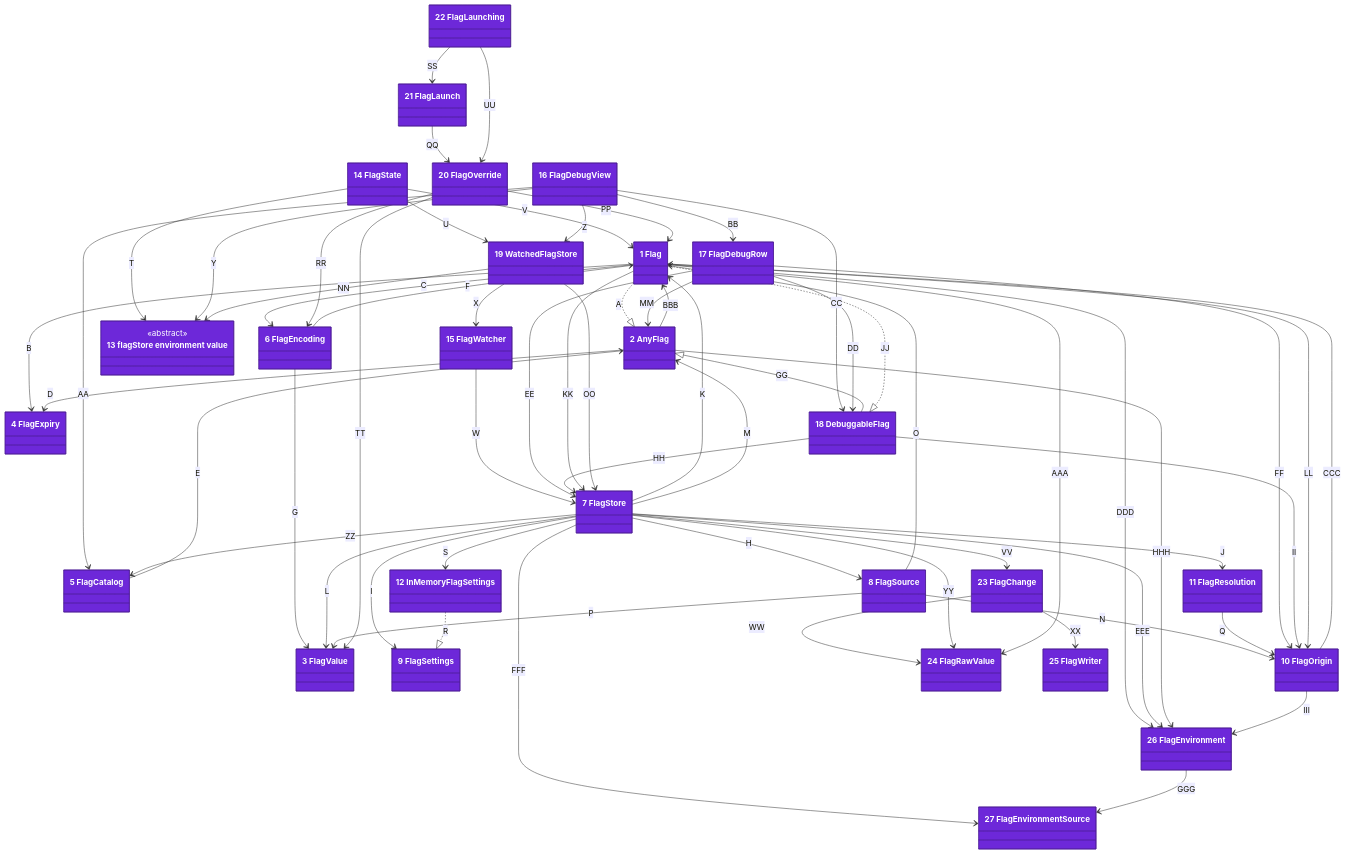
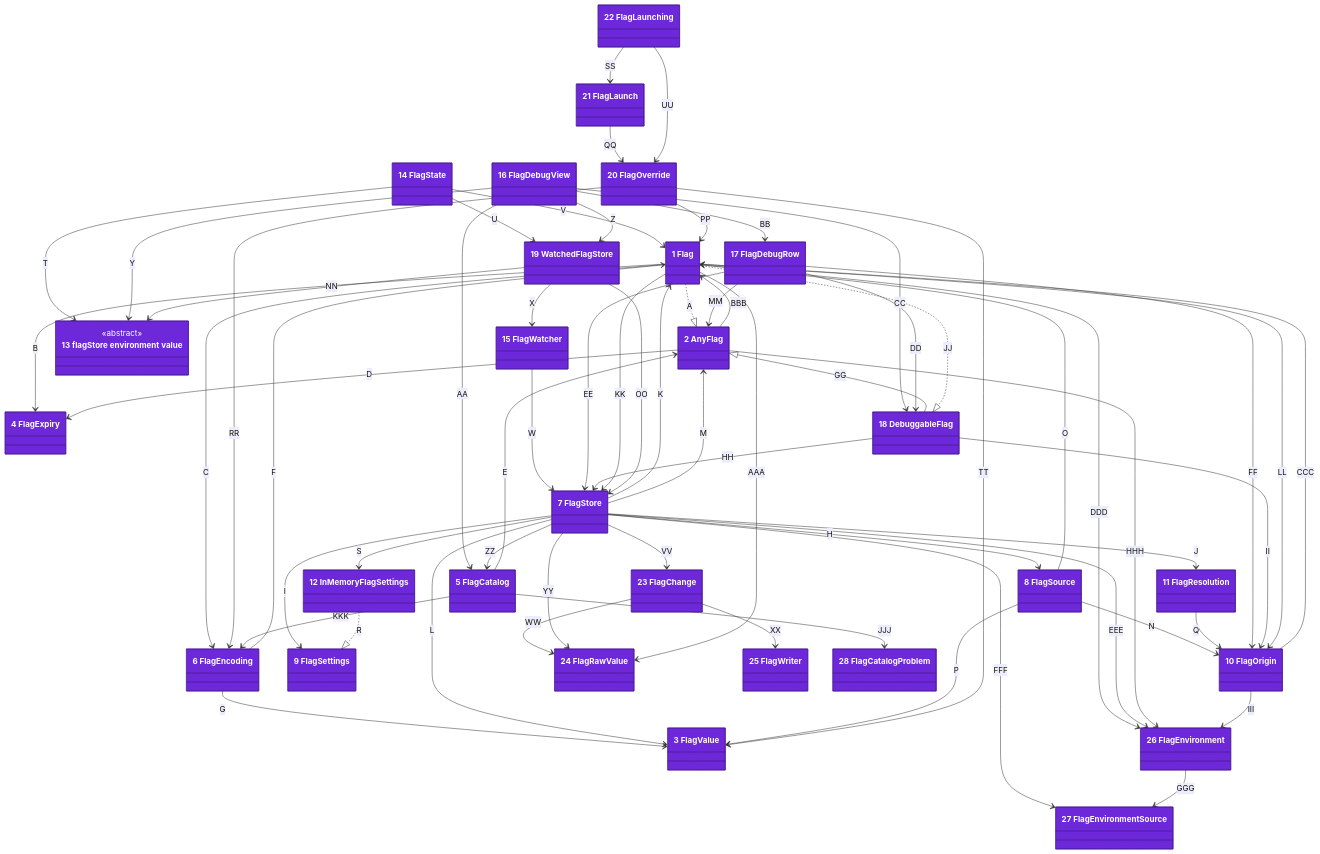
One commit to may-journal/feature-flag-kit changed the first of 2 diagrams in docs/architecture/04-code.md. Above: the diagram before and after it, drawn with Mermaid. The commit also changed other lines of this file and 7 other files, not shown here.

```diff
--- a/docs/architecture/04-code.md
+++ b/docs/architecture/04-code.md
@@ -34,6 +34,7 @@
     class FlagWriter["25 FlagWriter"]
     class FlagEnvironment["26 FlagEnvironment"]
     class FlagEnvironmentSource["27 FlagEnvironmentSource"]
+    class FlagCatalogProblem["28 FlagCatalogProblem"]
 
     Flag ..|> AnyFlag : A
     Flag --> FlagExpiry : B
@@ -96,12 +97,15 @@
     FlagEnvironment --> FlagEnvironmentSource : GGG
     AnyFlag --> FlagEnvironment : HHH
     FlagOrigin --> FlagEnvironment : III
+    FlagCatalog --> FlagCatalogProblem : JJJ
+    FlagCatalog --> FlagEncoding : KKK
 
     style Flag fill:#6d28d9,stroke:#4c1d95,color:#ffffff
     style AnyFlag fill:#6d28d9,stroke:#4c1d95,color:#ffffff
     style FlagValue fill:#6d28d9,stroke:#4c1d95,color:#ffffff
     style FlagExpiry fill:#6d28d9,stroke:#4c1d95,color:#ffffff
     style FlagCatalog fill:#6d28d9,stroke:#4c1d95,color:#ffffff
+    style FlagCatalogProblem fill:#6d28d9,stroke:#4c1d95,color:#ffffff
     style FlagEncoding fill:#6d28d9,stroke:#4c1d95,color:#ffffff
     style FlagStore fill:#6d28d9,stroke:#4c1d95,color:#ffffff
     style FlagSource fill:#6d28d9,stroke:#4c1d95,color:#ffffff
```
